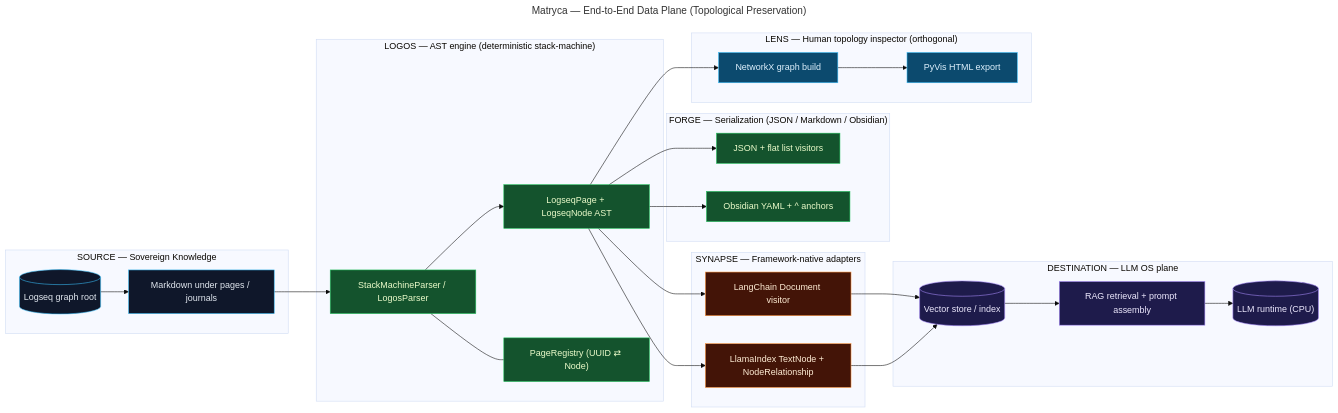
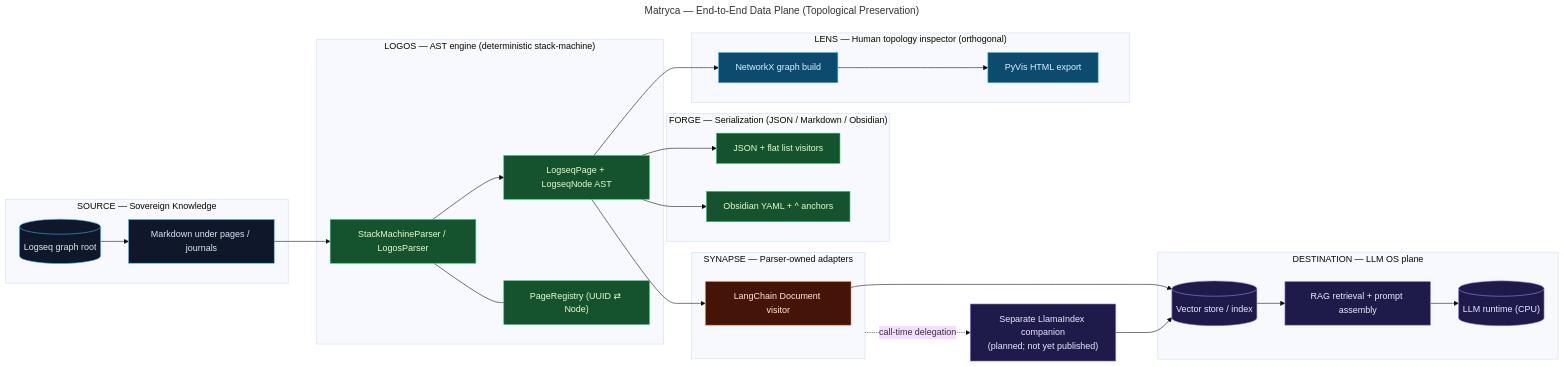
The fourth of 6 diagrams in docs/ARCHITECTURE.md (MarcoPorcellato/logseq-matryca-parser), drawn with Mermaid (base theme) before and after one commit. The commit also changed other lines of this file and 29 other files, not shown here.

Commit message:
refactor: isolate LlamaIndex export from parser

````diff
--- a/docs/ARCHITECTURE.md
+++ b/docs/ARCHITECTURE.md
@@ -158,55 +159,56 @@
 ```mermaid
 ---
 title: Matryca — End-to-End Data Plane (Topological Preservation)
 ---
 flowchart LR
   %% Styles
   classDef source fill:#0f172a,stroke:#38bdf8,color:#e2e8f0;
   classDef logos fill:#14532d,stroke:#22c55e,color:#ecfccb;
   classDef synapse fill:#431407,stroke:#fb923c,color:#ffedd5;
   classDef sink fill:#1e1b4b,stroke:#a78bfa,color:#ede9fe;
   classDef lens fill:#0c4a6e,stroke:#38bdf8,color:#e0f2fe;
 
   subgraph SRC["SOURCE — Sovereign Knowledge"]
     G[("Logseq graph root")]:::source
     MD["Markdown under pages / journals"]:::source
   end
 
   subgraph LOGOS["LOGOS — AST engine (deterministic stack-machine)"]
     P["StackMachineParser / LogosParser"]:::logos
     AST["LogseqPage + LogseqNode AST"]:::logos
     REG["PageRegistry (UUID ⇄ Node)"]:::logos
   end
 
   subgraph FORGE_SIDE["FORGE — Serialization (JSON / Markdown / Obsidian)"]
     FJ["JSON + flat list visitors"]:::logos
     FO["Obsidian YAML + ^ anchors"]:::logos
   end
 
-  subgraph SYN["SYNAPSE — Framework-native adapters"]
+  subgraph SYN["SYNAPSE — Parser-owned adapters"]
     LC["LangChain Document visitor"]:::synapse
-    LI["LlamaIndex TextNode + NodeRelationship"]:::synapse
   end
+
+  LI["Separate LlamaIndex companion\n(planned; not yet published)"]:::sink
 
   subgraph OUT["DESTINATION — LLM OS plane"]
     VS[("Vector store / index")]:::sink
     RAG["RAG retrieval + prompt assembly"]:::sink
     LLM[("LLM runtime (CPU)")]:::sink
   end
 
   subgraph LENS_SIDE["LENS — Human topology inspector (orthogonal)"]
     NX["NetworkX graph build"]:::lens
     PV["PyVis HTML export"]:::lens
   end
 
   G --> MD --> P --> AST
   P --- REG
   AST --> FJ
   AST --> FO
   AST --> LC
-  AST --> LI
+  SYN -. call-time delegation .-> LI
   AST --> NX --> PV
   LC --> VS
   LI --> VS
   VS --> RAG --> LLM
 ```
````
